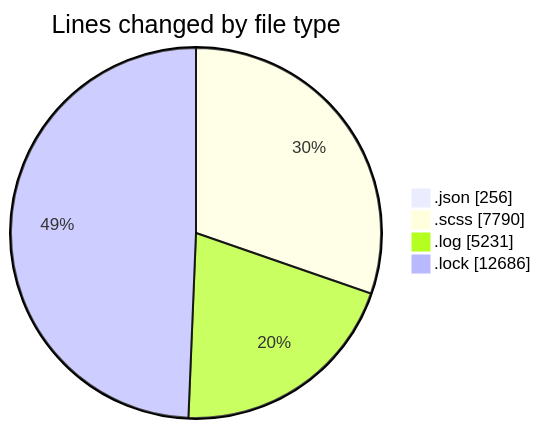
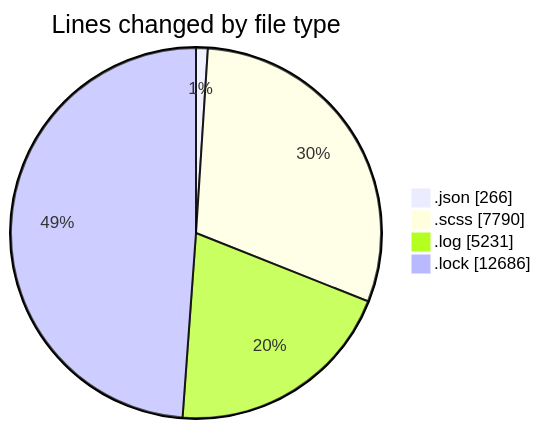
The first of 2 diagrams in 2026-01-22/cda/README.md (momahboobian/code-tracking), drawn with Mermaid before and after one commit. The commit also changed other lines of this file and 1 other file, not shown here.

````diff
--- a/2026-01-22/cda/README.md
+++ b/2026-01-22/cda/README.md
@@ -81,8 +81,8 @@
 ```mermaid
 pie showData
 title Lines changed by file type
-".json" : 256
+".json" : 266
 ".scss" : 7790
 ".log" : 5231
 ".lock" : 12686
 ```
````
